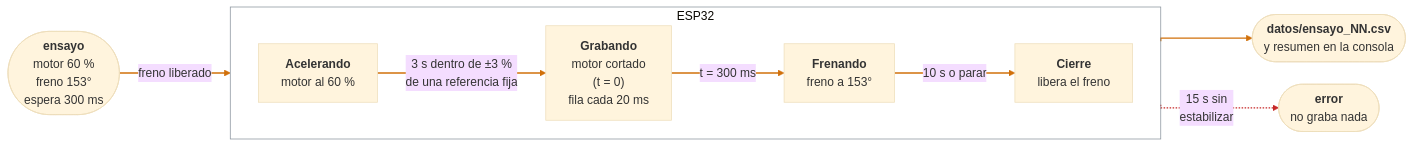
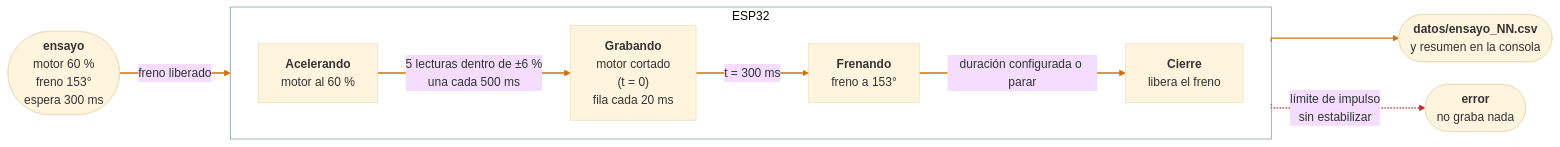
One commit to TamaraCM06/tcajiao_asm_2026_s2 changed the second of 2 diagrams in proyecto_2_grupal/docs/03_flujo.md. Above: the diagram before and after it, drawn with Mermaid (base theme). The commit also changed other lines of this file and 6 other files, not shown here.

```diff
--- a/proyecto_2_grupal/docs/03_flujo.md
+++ b/proyecto_2_grupal/docs/03_flujo.md
@@ -84,27 +84,27 @@
 ~~~mermaid
 %%{init: {"flowchart": {"curve": "stepBefore", "nodeSpacing": 30, "rankSpacing": 50}}}%%
 flowchart LR
     orden(["<b>ensayo</b><br/>motor 60 %<br/>freno 153°<br/>espera 300 ms"])
 
     subgraph esp["ESP32"]
         direction LR
         acel["<b>Acelerando</b><br/>motor al 60 %"]
         grab["<b>Grabando</b><br/>motor cortado<br/>(t = 0)<br/>fila cada 20 ms"]
         fren["<b>Frenando</b><br/>freno a 153°"]
         cierre["<b>Cierre</b><br/>libera el freno"]
     end
 
     csv(["<b>datos/ensayo_NN.csv</b><br/>y resumen en la consola"])
     error(["<b>error</b><br/>no graba nada"])
 
     orden -->|"freno liberado"| acel
-    acel -->|"3 s dentro de ±3 %<br/>de una referencia fija"| grab
+    acel -->|"5 lecturas dentro de ±6 %<br/>una cada 500 ms"| grab
     grab -->|"t = 300 ms"| fren
-    fren -->|"10 s o parar"| cierre
+    fren -->|"duración configurada o parar"| cierre
     cierre --> csv
-    acel -.->|"15 s sin<br/>estabilizar"| error
+    acel -.->|"límite de impulso<br/>sin estabilizar"| error
 
     linkStyle 0,1,2,3,4 stroke:#d1700a,stroke-width:1.8px
     linkStyle 5 stroke:#c62828,stroke-width:1.6px
     style esp fill:none,stroke:#8b949e,stroke-width:1px
 ~~~
```
